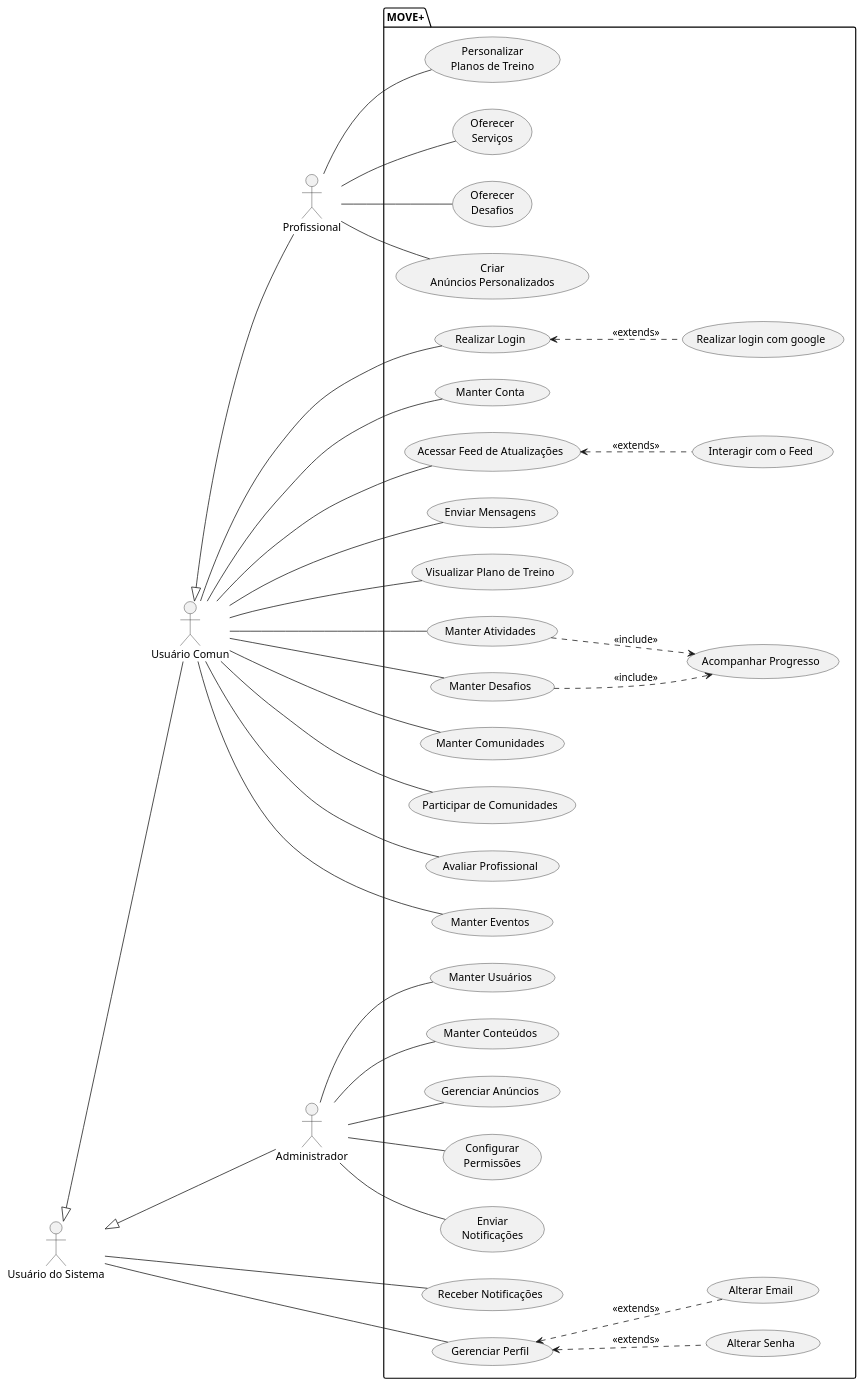
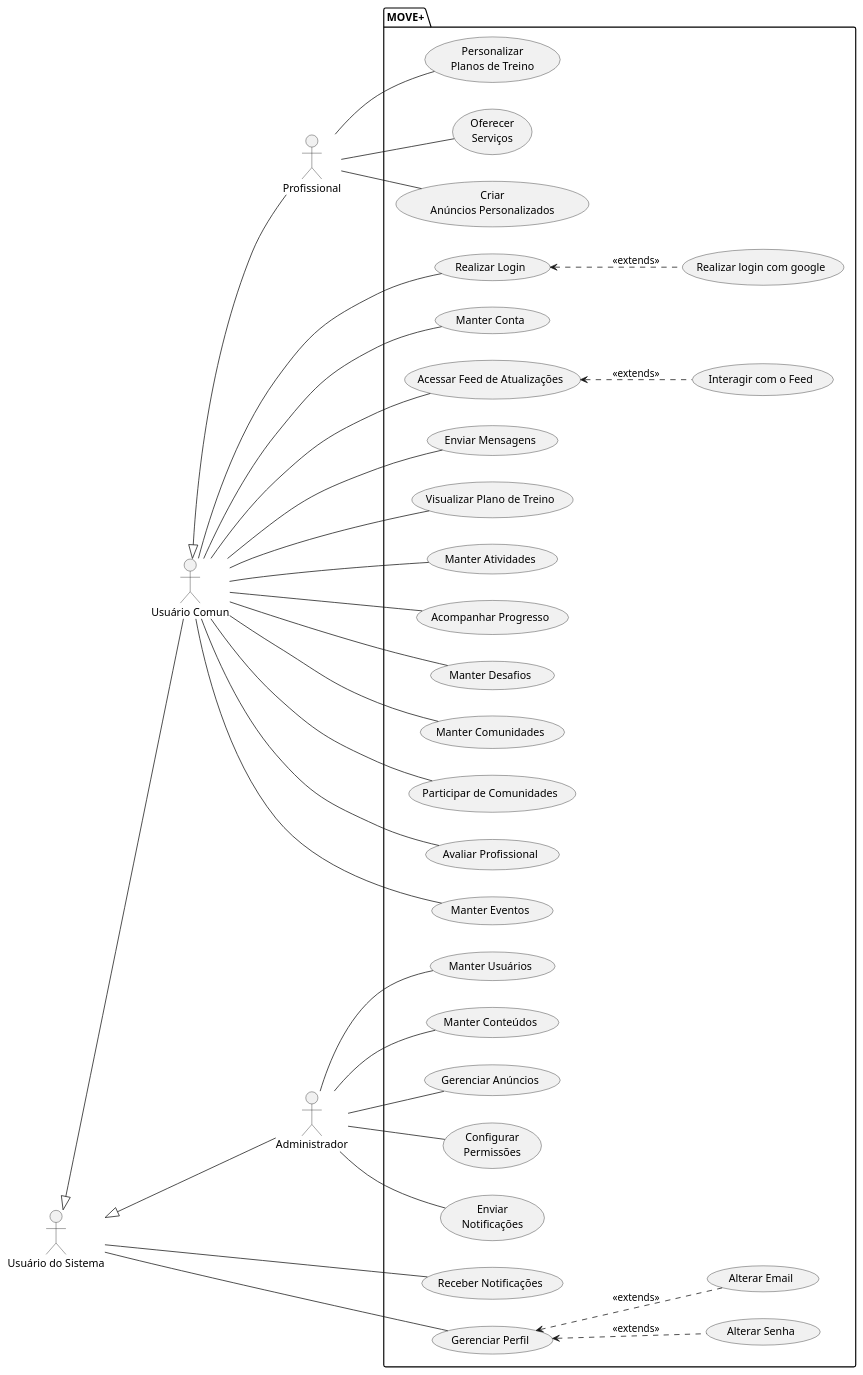
The diagram in specs/design/view-usecase/usecase.puml (raizaft/MOVE), drawn with PlantUML before and after one commit. The commit also changed 1 other file, not shown here.

```diff
--- a/specs/design/view-usecase/usecase.puml
+++ b/specs/design/view-usecase/usecase.puml
@@ -1,83 +1,80 @@
 @startuml MOVE+
 
 left to right direction
 
 ' Atores
 actor "Usuário do Sistema" as u
 actor "Usuário Comun" as User
 actor "Profissional" as Professional
 actor "Administrador" as Admin
 
 ' Relacionamentos
 u <|-- User
 User <|-- Professional
 u <|-- Admin
 
 package MOVE+ {
     usecase "Receber Notificações" as UC10
     usecase "Gerenciar Perfil" as UC15
     usecase "Alterar Senha" as UC28
     usecase "Alterar Email" as UC29
 
     usecase "Realizar Login" as UC2
     usecase "Manter Conta" as UC1
     usecase "Acessar Feed de Atualizações" as UC3
     usecase "Enviar Mensagens" as UC8
     usecase "Visualizar Plano de Treino" as UC4
     usecase "Manter Atividades" as UC5
     usecase "Acompanhar Progresso" as UC6
     usecase "Manter Desafios" as UC7
     usecase "Manter Comunidades" as UC9
     usecase "Participar de Comunidades" as UC18
     usecase "Avaliar Profissional" as UC11
     usecase "Manter Eventos" as UC23
 
     (Personalizar\nPlanos de Treino) as UC19
     (Oferecer\nServiços) as UC20
-    (Oferecer\nDesafios) as UC21
     (Criar\nAnúncios Personalizados) as UC22
 
     usecase "Manter Usuários" as UC12
     usecase "Manter Conteúdos" as UC13
     usecase "Gerenciar Anúncios" as UC14
     (Configurar\nPermissões) as UC24
     (Enviar\nNotificações) as UC27
 
     usecase "Realizar login com google" as UC16
     usecase "Interagir com o Feed" as UC17
 }
 
 u -- UC10
 u -- UC15
 
 User -- UC1
 User -- UC2
 User -- UC3
 User -- UC4
 User -- UC5
+User -- UC6
 User -- UC7
 User -- UC8
 User -- UC9
 User -- UC11
 User -- UC18
 User -- UC23
 
 Professional -- UC19
 Professional -- UC20
-Professional -- UC21
 Professional -- UC22
 
 Admin -- UC12
 Admin -- UC13
 Admin -- UC14
 Admin -- UC24
 Admin -- UC27
 
 UC2 <.. UC16 : <<extends>>
 UC3 <.. UC17 : <<extends>>
-UC7 ..> UC6 : <<include>>
-UC5 ..> UC6 : <<include>>
 UC15 <.. UC28 : <<extends>>
 UC15 <.. UC29 : <<extends>>
 
 @enduml
```
